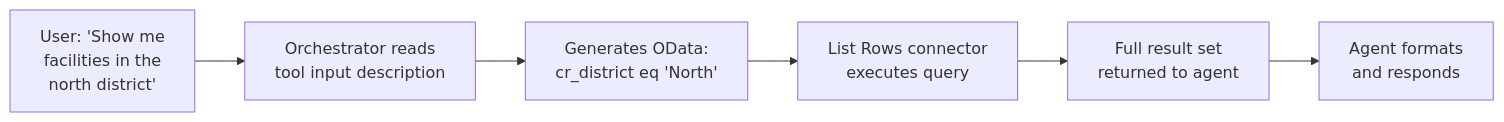
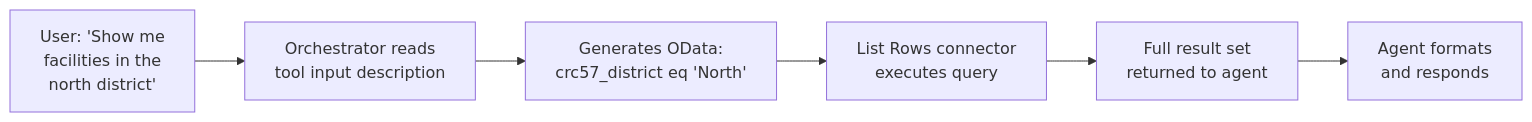
The third of 5 diagrams in _posts/2026-04-10-dataverse-retrieval-patterns-copilot-studio.md (microsoft/mcscatblog), drawn with Mermaid before and after one commit. The commit also changed other lines of this file and 14 other files, not shown here.

First line of the commit message:
Dataverse retrieval patterns: editorial review, schema alignment, interactive widget

````diff
--- a/_posts/2026-04-10-dataverse-retrieval-patterns-copilot-studio.md
+++ b/_posts/2026-04-10-dataverse-retrieval-patterns-copilot-studio.md
@@ -308,8 +316,8 @@
 ```mermaid
 flowchart LR
     A["User: 'Show me<br>facilities in the<br>north district'"] --> B["Orchestrator reads<br>tool input description"]
-    B --> C["Generates OData:<br>cr_district eq 'North'"]
+    B --> C["Generates OData:<br>crc57_district eq 'North'"]
     C --> D["List Rows connector<br>executes query"]
     D --> E["Full result set<br>returned to agent"]
     E --> F["Agent formats<br>and responds"]
 ```
````
